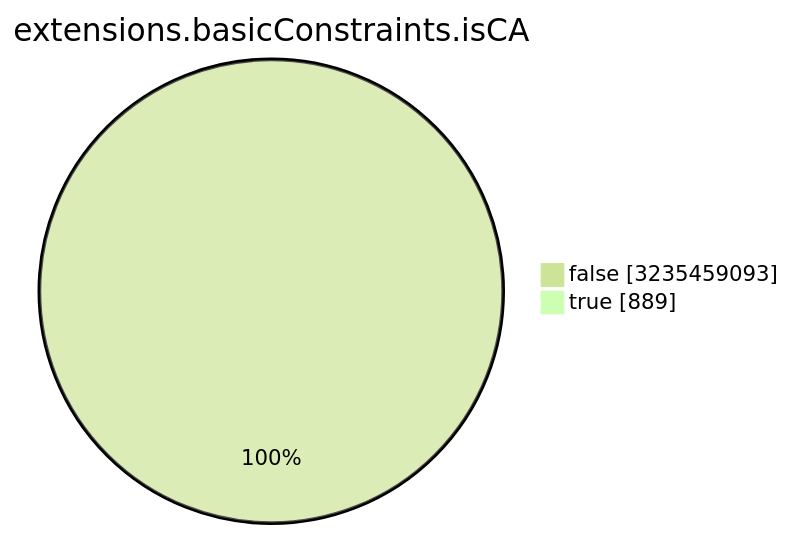
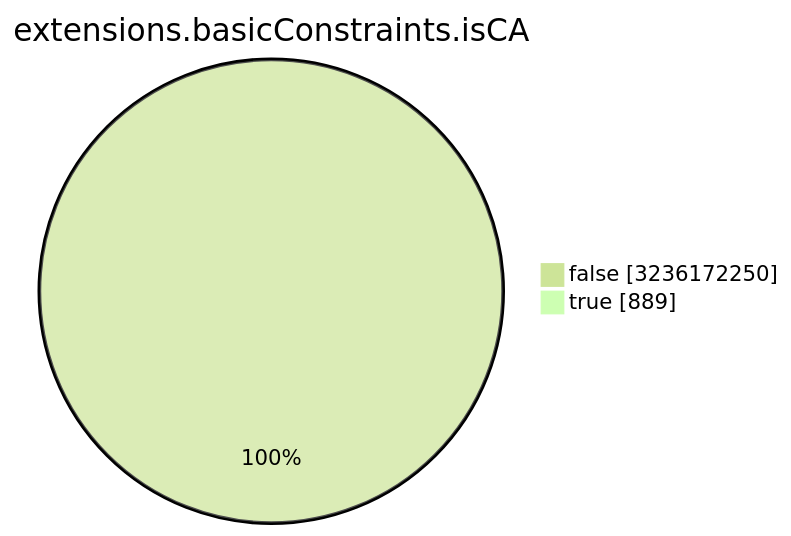
Before and after one commit to christiankrug/ctmonitor_visualization: the seventh of 15 diagrams in TOTAL/README.md, drawn with Mermaid (forest theme). The commit also changed other lines of this file, not shown here.

````diff
--- a/TOTAL/README.md
+++ b/TOTAL/README.md
@@ -3088,6 +3088,6 @@
 ```mermaid
 pie showData
 title extensions.basicConstraints.isCA
-"false" :3235459093
+"false" :3236172250
 "true" :889
 ```
````
